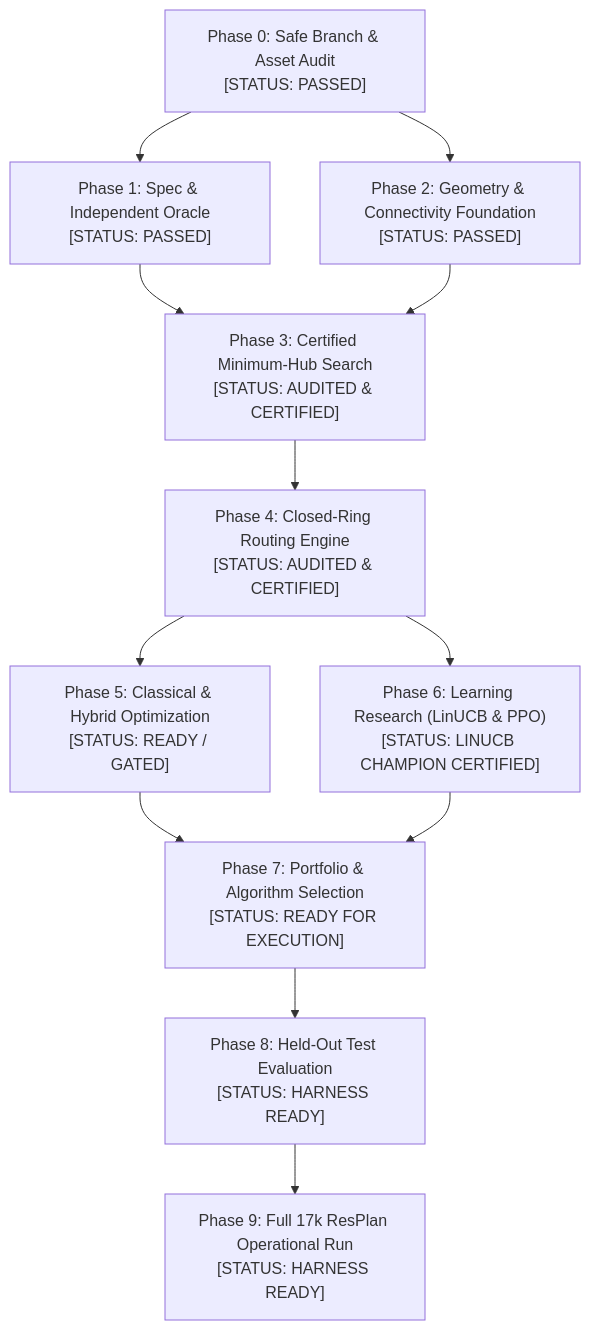
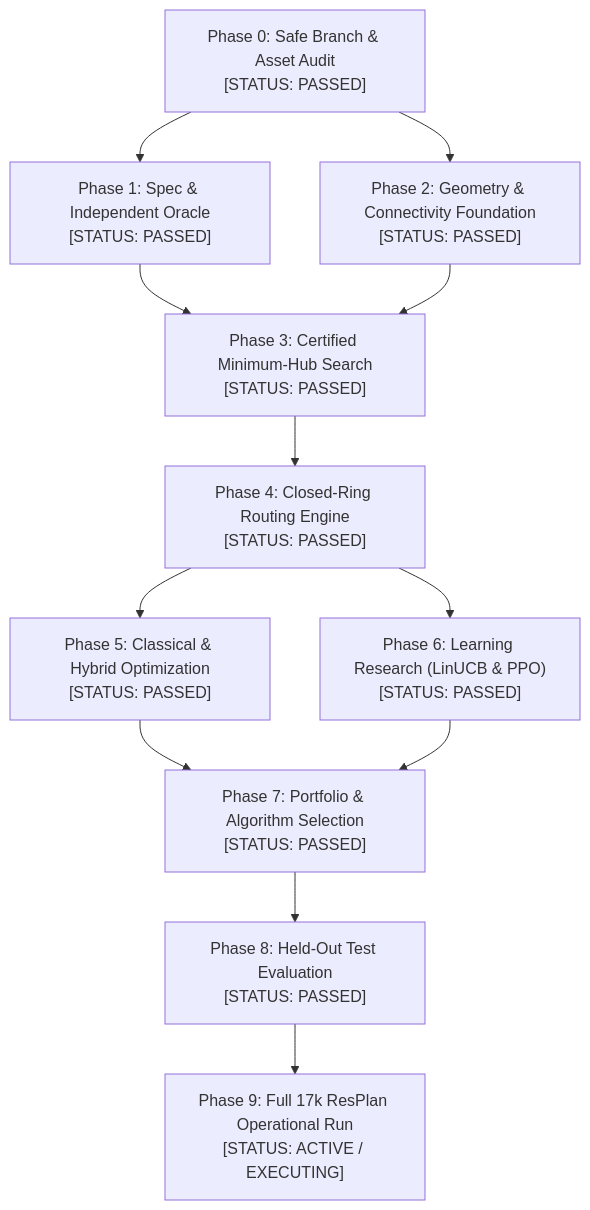
One commit to KPB040107/honeywell-cable-ring-optimization changed the diagram in reports/agent7_status_bulletin.md. Above: the diagram before and after it, drawn with Mermaid. The commit also changed other lines of this file and 3 other files, not shown here.

Commit message:
docs(governance): update Phase 0-8 PASSED and Phase 9 operational batch execution status

````diff
--- a/reports/agent7_status_bulletin.md
+++ b/reports/agent7_status_bulletin.md
@@ -16,14 +16,14 @@
 ```mermaid
 flowchart TD
     P0["Phase 0: Safe Branch & Asset Audit\n[STATUS: PASSED]"] --> P1["Phase 1: Spec & Independent Oracle\n[STATUS: PASSED]"]
     P0 --> P2["Phase 2: Geometry & Connectivity Foundation\n[STATUS: PASSED]"]
-    P1 --> P3["Phase 3: Certified Minimum-Hub Search\n[STATUS: AUDITED & CERTIFIED]"]
+    P1 --> P3["Phase 3: Certified Minimum-Hub Search\n[STATUS: PASSED]"]
     P2 --> P3
-    P3 --> P4["Phase 4: Closed-Ring Routing Engine\n[STATUS: AUDITED & CERTIFIED]"]
-    P4 --> P5["Phase 5: Classical & Hybrid Optimization\n[STATUS: READY / GATED]"]
-    P4 --> P6["Phase 6: Learning Research (LinUCB & PPO)\n[STATUS: LINUCB CHAMPION CERTIFIED]"]
-    P5 --> P7["Phase 7: Portfolio & Algorithm Selection\n[STATUS: READY FOR EXECUTION]"]
+    P3 --> P4["Phase 4: Closed-Ring Routing Engine\n[STATUS: PASSED]"]
+    P4 --> P5["Phase 5: Classical & Hybrid Optimization\n[STATUS: PASSED]"]
+    P4 --> P6["Phase 6: Learning Research (LinUCB & PPO)\n[STATUS: PASSED]"]
+    P5 --> P7["Phase 7: Portfolio & Algorithm Selection\n[STATUS: PASSED]"]
     P6 --> P7
-    P7 --> P8["Phase 8: Held-Out Test Evaluation\n[STATUS: HARNESS READY]"]
-    P8 --> P9["Phase 9: Full 17k ResPlan Operational Run\n[STATUS: HARNESS READY]"]
+    P7 --> P8["Phase 8: Held-Out Test Evaluation\n[STATUS: PASSED]"]
+    P8 --> P9["Phase 9: Full 17k ResPlan Operational Run\n[STATUS: ACTIVE / EXECUTING]"]
 ```
````
